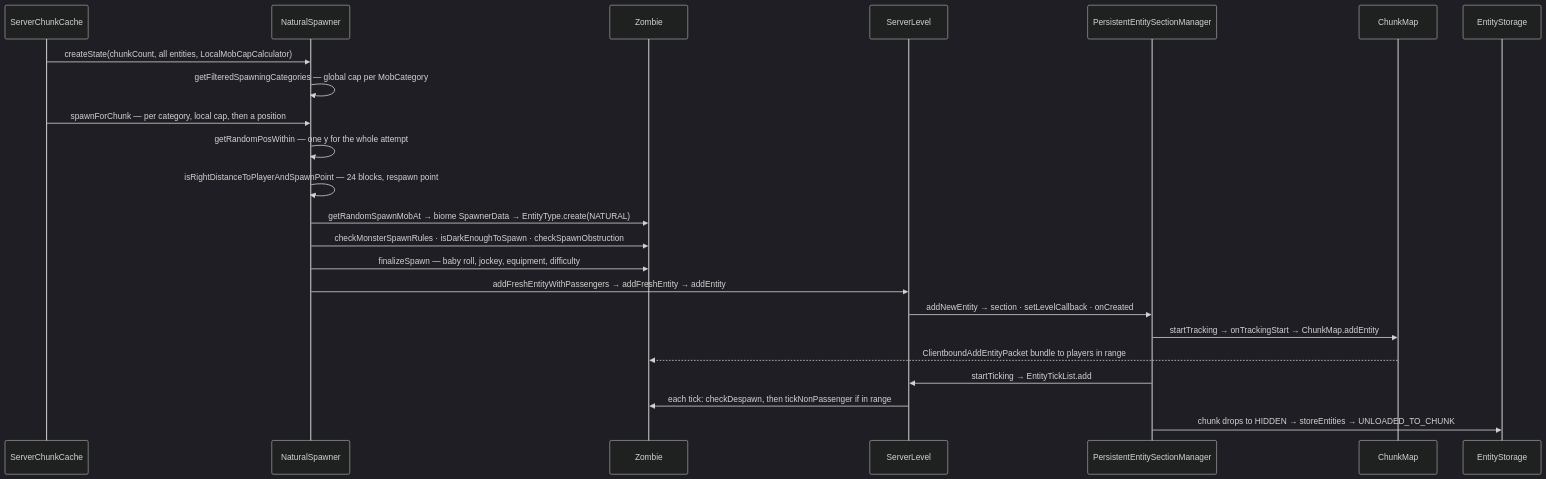
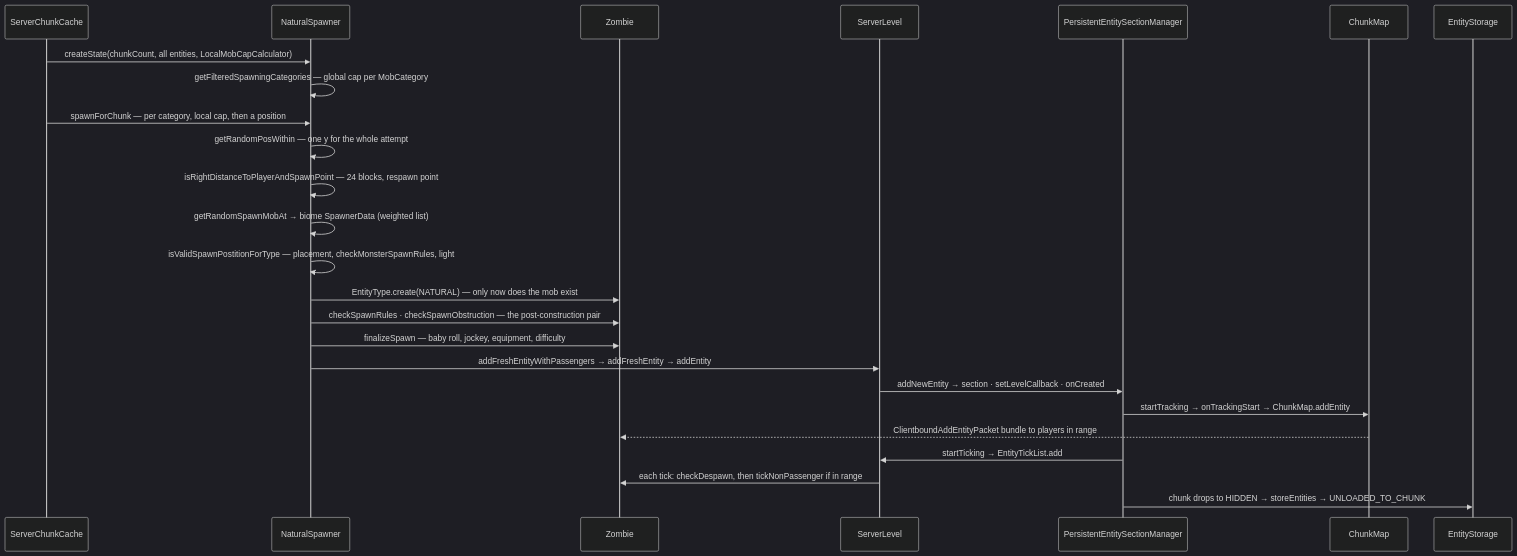
The diagram in src/systems/entities/entity-lifecycle.md (AlexanderjFraser/MinecraftDocs), drawn with Mermaid (dark theme) before and after one commit. The commit also changed other lines of this file and 11 other files, not shown here.

````diff
--- a/src/systems/entities/entity-lifecycle.md
+++ b/src/systems/entities/entity-lifecycle.md
@@ -91,26 +97,28 @@
 ```mermaid
 sequenceDiagram
     participant SC as ServerChunkCache
     participant NS as NaturalSpawner
     participant Z as Zombie
     participant SL as ServerLevel
     participant PM as PersistentEntitySectionManager
     participant CM as ChunkMap
     participant ES as EntityStorage
 
     SC->>NS: createState(chunkCount, all entities, LocalMobCapCalculator)
     NS->>NS: getFilteredSpawningCategories — global cap per MobCategory
     SC->>NS: spawnForChunk — per category, local cap, then a position
     NS->>NS: getRandomPosWithin — one y for the whole attempt
     NS->>NS: isRightDistanceToPlayerAndSpawnPoint — 24 blocks, respawn point
-    NS->>Z: getRandomSpawnMobAt → biome SpawnerData → EntityType.create(NATURAL)
-    NS->>Z: checkMonsterSpawnRules · isDarkEnoughToSpawn · checkSpawnObstruction
+    NS->>NS: getRandomSpawnMobAt → biome SpawnerData (weighted list)
+    NS->>NS: isValidSpawnPostitionForType — placement, checkMonsterSpawnRules, light
+    NS->>Z: EntityType.create(NATURAL) — only now does the mob exist
+    NS->>Z: checkSpawnRules · checkSpawnObstruction — the post-construction pair
     NS->>Z: finalizeSpawn — baby roll, jockey, equipment, difficulty
     NS->>SL: addFreshEntityWithPassengers → addFreshEntity → addEntity
     SL->>PM: addNewEntity → section · setLevelCallback · onCreated
     PM->>CM: startTracking → onTrackingStart → ChunkMap.addEntity
     CM-->>Z: ClientboundAddEntityPacket bundle to players in range
     PM->>SL: startTicking → EntityTickList.add
     SL->>Z: each tick: checkDespawn, then tickNonPassenger if in range
     PM->>ES: chunk drops to HIDDEN → storeEntities → UNLOADED_TO_CHUNK
 ```
````
